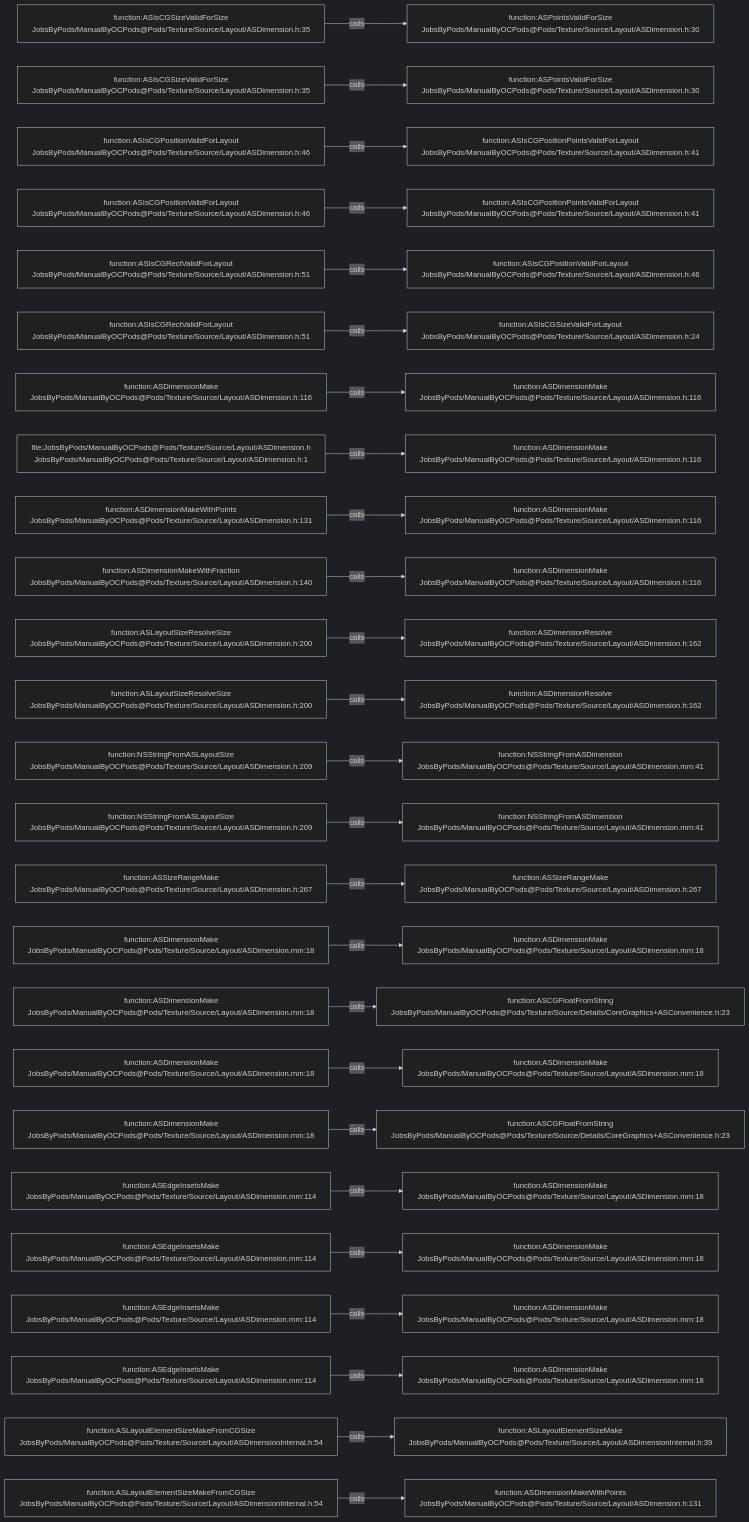
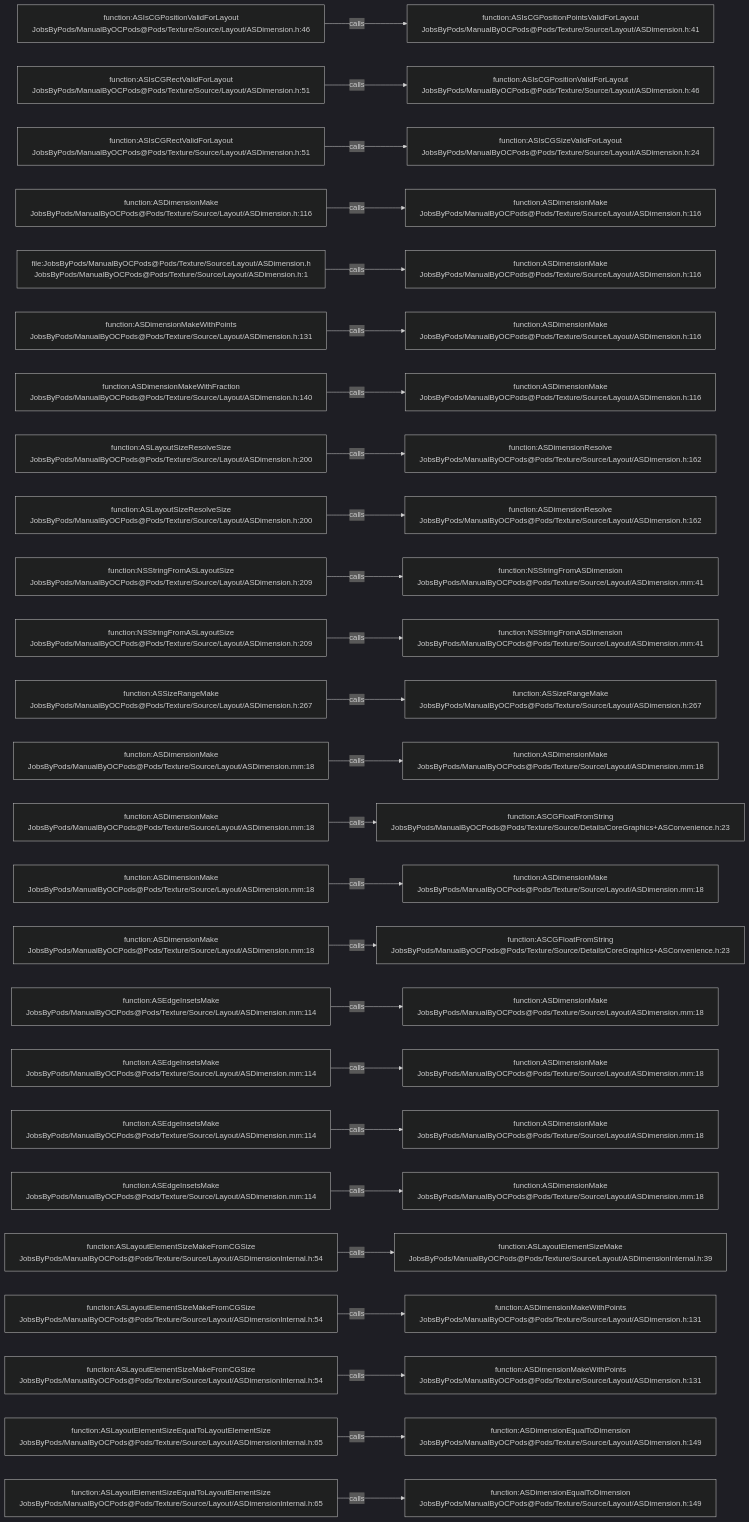
The diagram in .codegraph/codegraph.md/graphs/calls-178.md (JobsKits/JobsOCBaseConfigDemo), drawn with Mermaid (dark theme) before and after one commit. The commit also changed 342 other files, not shown here.

````diff
--- a/.codegraph/codegraph.md/graphs/calls-178.md
+++ b/.codegraph/codegraph.md/graphs/calls-178.md
@@ -13,78 +13,78 @@
 ```mermaid
 flowchart LR
-  S1["function:ASIsCGSizeValidForSize<br/>JobsByPods/ManualByOCPods@Pods/Texture/Source/Layout/ASDimension.h:35"]
-  T1["function:ASPointsValidForSize<br/>JobsByPods/ManualByOCPods@Pods/Texture/Source/Layout/ASDimension.h:30"]
+  S1["function:ASIsCGPositionValidForLayout<br/>JobsByPods/ManualByOCPods@Pods/Texture/Source/Layout/ASDimension.h:46"]
+  T1["function:ASIsCGPositionPointsValidForLayout<br/>JobsByPods/ManualByOCPods@Pods/Texture/Source/Layout/ASDimension.h:41"]
   S1 -->|calls| T1
-  S2["function:ASIsCGSizeValidForSize<br/>JobsByPods/ManualByOCPods@Pods/Texture/Source/Layout/ASDimension.h:35"]
-  T2["function:ASPointsValidForSize<br/>JobsByPods/ManualByOCPods@Pods/Texture/Source/Layout/ASDimension.h:30"]
+  S2["function:ASIsCGRectValidForLayout<br/>JobsByPods/ManualByOCPods@Pods/Texture/Source/Layout/ASDimension.h:51"]
+  T2["function:ASIsCGPositionValidForLayout<br/>JobsByPods/ManualByOCPods@Pods/Texture/Source/Layout/ASDimension.h:46"]
   S2 -->|calls| T2
-  S3["function:ASIsCGPositionValidForLayout<br/>JobsByPods/ManualByOCPods@Pods/Texture/Source/Layout/ASDimension.h:46"]
-  T3["function:ASIsCGPositionPointsValidForLayout<br/>JobsByPods/ManualByOCPods@Pods/Texture/Source/Layout/ASDimension.h:41"]
+  S3["function:ASIsCGRectValidForLayout<br/>JobsByPods/ManualByOCPods@Pods/Texture/Source/Layout/ASDimension.h:51"]
+  T3["function:ASIsCGSizeValidForLayout<br/>JobsByPods/ManualByOCPods@Pods/Texture/Source/Layout/ASDimension.h:24"]
   S3 -->|calls| T3
-  S4["function:ASIsCGPositionValidForLayout<br/>JobsByPods/ManualByOCPods@Pods/Texture/Source/Layout/ASDimension.h:46"]
-  T4["function:ASIsCGPositionPointsValidForLayout<br/>JobsByPods/ManualByOCPods@Pods/Texture/Source/Layout/ASDimension.h:41"]
+  S4["function:ASDimensionMake<br/>JobsByPods/ManualByOCPods@Pods/Texture/Source/Layout/ASDimension.h:116"]
+  T4["function:ASDimensionMake<br/>JobsByPods/ManualByOCPods@Pods/Texture/Source/Layout/ASDimension.h:116"]
   S4 -->|calls| T4
-  S5["function:ASIsCGRectValidForLayout<br/>JobsByPods/ManualByOCPods@Pods/Texture/Source/Layout/ASDimension.h:51"]
-  T5["function:ASIsCGPositionValidForLayout<br/>JobsByPods/ManualByOCPods@Pods/Texture/Source/Layout/ASDimension.h:46"]
+  S5["file:JobsByPods/ManualByOCPods@Pods/Texture/Source/Layout/ASDimension.h<br/>JobsByPods/ManualByOCPods@Pods/Texture/Source/Layout/ASDimension.h:1"]
+  T5["function:ASDimensionMake<br/>JobsByPods/ManualByOCPods@Pods/Texture/Source/Layout/ASDimension.h:116"]
   S5 -->|calls| T5
-  S6["function:ASIsCGRectValidForLayout<br/>JobsByPods/ManualByOCPods@Pods/Texture/Source/Layout/ASDimension.h:51"]
-  T6["function:ASIsCGSizeValidForLayout<br/>JobsByPods/ManualByOCPods@Pods/Texture/Source/Layout/ASDimension.h:24"]
+  S6["function:ASDimensionMakeWithPoints<br/>JobsByPods/ManualByOCPods@Pods/Texture/Source/Layout/ASDimension.h:131"]
+  T6["function:ASDimensionMake<br/>JobsByPods/ManualByOCPods@Pods/Texture/Source/Layout/ASDimension.h:116"]
   S6 -->|calls| T6
-  S7["function:ASDimensionMake<br/>JobsByPods/ManualByOCPods@Pods/Texture/Source/Layout/ASDimension.h:116"]
+  S7["function:ASDimensionMakeWithFraction<br/>JobsByPods/ManualByOCPods@Pods/Texture/Source/Layout/ASDimension.h:140"]
   T7["function:ASDimensionMake<br/>JobsByPods/ManualByOCPods@Pods/Texture/Source/Layout/ASDimension.h:116"]
   S7 -->|calls| T7
-  S8["file:JobsByPods/ManualByOCPods@Pods/Texture/Source/Layout/ASDimension.h<br/>JobsByPods/ManualByOCPods@Pods/Texture/Source/Layout/ASDimension.h:1"]
-  T8["function:ASDimensionMake<br/>JobsByPods/ManualByOCPods@Pods/Texture/Source/Layout/ASDimension.h:116"]
+  S8["function:ASLayoutSizeResolveSize<br/>JobsByPods/ManualByOCPods@Pods/Texture/Source/Layout/ASDimension.h:200"]
+  T8["function:ASDimensionResolve<br/>JobsByPods/ManualByOCPods@Pods/Texture/Source/Layout/ASDimension.h:162"]
   S8 -->|calls| T8
-  S9["function:ASDimensionMakeWithPoints<br/>JobsByPods/ManualByOCPods@Pods/Texture/Source/Layout/ASDimension.h:131"]
-  T9["function:ASDimensionMake<br/>JobsByPods/ManualByOCPods@Pods/Texture/Source/Layout/ASDimension.h:116"]
+  S9["function:ASLayoutSizeResolveSize<br/>JobsByPods/ManualByOCPods@Pods/Texture/Source/Layout/ASDimension.h:200"]
+  T9["function:ASDimensionResolve<br/>JobsByPods/ManualByOCPods@Pods/Texture/Source/Layout/ASDimension.h:162"]
   S9 -->|calls| T9
-  S10["function:ASDimensionMakeWithFraction<br/>JobsByPods/ManualByOCPods@Pods/Texture/Source/Layout/ASDimension.h:140"]
-  T10["function:ASDimensionMake<br/>JobsByPods/ManualByOCPods@Pods/Texture/Source/Layout/ASDimension.h:116"]
+  S10["function:NSStringFromASLayoutSize<br/>JobsByPods/ManualByOCPods@Pods/Texture/Source/Layout/ASDimension.h:209"]
+  T10["function:NSStringFromASDimension<br/>JobsByPods/ManualByOCPods@Pods/Texture/Source/Layout/ASDimension.mm:41"]
   S10 -->|calls| T10
-  S11["function:ASLayoutSizeResolveSize<br/>JobsByPods/ManualByOCPods@Pods/Texture/Source/Layout/ASDimension.h:200"]
-  T11["function:ASDimensionResolve<br/>JobsByPods/ManualByOCPods@Pods/Texture/Source/Layout/ASDimension.h:162"]
+  S11["function:NSStringFromASLayoutSize<br/>JobsByPods/ManualByOCPods@Pods/Texture/Source/Layout/ASDimension.h:209"]
+  T11["function:NSStringFromASDimension<br/>JobsByPods/ManualByOCPods@Pods/Texture/Source/Layout/ASDimension.mm:41"]
   S11 -->|calls| T11
-  S12["function:ASLayoutSizeResolveSize<br/>JobsByPods/ManualByOCPods@Pods/Texture/Source/Layout/ASDimension.h:200"]
-  T12["function:ASDimensionResolve<br/>JobsByPods/ManualByOCPods@Pods/Texture/Source/Layout/ASDimension.h:162"]
+  S12["function:ASSizeRangeMake<br/>JobsByPods/ManualByOCPods@Pods/Texture/Source/Layout/ASDimension.h:267"]
+  T12["function:ASSizeRangeMake<br/>JobsByPods/ManualByOCPods@Pods/Texture/Source/Layout/ASDimension.h:267"]
   S12 -->|calls| T12
-  S13["function:NSStringFromASLayoutSize<br/>JobsByPods/ManualByOCPods@Pods/Texture/Source/Layout/ASDimension.h:209"]
-  T13["function:NSStringFromASDimension<br/>JobsByPods/ManualByOCPods@Pods/Texture/Source/Layout/ASDimension.mm:41"]
+  S13["function:ASDimensionMake<br/>JobsByPods/ManualByOCPods@Pods/Texture/Source/Layout/ASDimension.mm:18"]
+  T13["function:ASDimensionMake<br/>JobsByPods/ManualByOCPods@Pods/Texture/Source/Layout/ASDimension.mm:18"]
   S13 -->|calls| T13
-  S14["function:NSStringFromASLayoutSize<br/>JobsByPods/ManualByOCPods@Pods/Texture/Source/Layout/ASDimension.h:209"]
-  T14["function:NSStringFromASDimension<br/>JobsByPods/ManualByOCPods@Pods/Texture/Source/Layout/ASDimension.mm:41"]
+  S14["function:ASDimensionMake<br/>JobsByPods/ManualByOCPods@Pods/Texture/Source/Layout/ASDimension.mm:18"]
+  T14["function:ASCGFloatFromString<br/>JobsByPods/ManualByOCPods@Pods/Texture/Source/Details/CoreGraphics+ASConvenience.h:23"]
   S14 -->|calls| T14
-  S15["function:ASSizeRangeMake<br/>JobsByPods/ManualByOCPods@Pods/Texture/Source/Layout/ASDimension.h:267"]
-  T15["function:ASSizeRangeMake<br/>JobsByPods/ManualByOCPods@Pods/Texture/Source/Layout/ASDimension.h:267"]
+  S15["function:ASDimensionMake<br/>JobsByPods/ManualByOCPods@Pods/Texture/Source/Layout/ASDimension.mm:18"]
+  T15["function:ASDimensionMake<br/>JobsByPods/ManualByOCPods@Pods/Texture/Source/Layout/ASDimension.mm:18"]
   S15 -->|calls| T15
   S16["function:ASDimensionMake<br/>JobsByPods/ManualByOCPods@Pods/Texture/Source/Layout/ASDimension.mm:18"]
-  T16["function:ASDimensionMake<br/>JobsByPods/ManualByOCPods@Pods/Texture/Source/Layout/ASDimension.mm:18"]
+  T16["function:ASCGFloatFromString<br/>JobsByPods/ManualByOCPods@Pods/Texture/Source/Details/CoreGraphics+ASConvenience.h:23"]
   S16 -->|calls| T16
-  S17["function:ASDimensionMake<br/>JobsByPods/ManualByOCPods@Pods/Texture/Source/Layout/ASDimension.mm:18"]
-  T17["function:ASCGFloatFromString<br/>JobsByPods/ManualByOCPods@Pods/Texture/Source/Details/CoreGraphics+ASConvenience.h:23"]
+  S17["function:ASEdgeInsetsMake<br/>JobsByPods/ManualByOCPods@Pods/Texture/Source/Layout/ASDimension.mm:114"]
+  T17["function:ASDimensionMake<br/>JobsByPods/ManualByOCPods@Pods/Texture/Source/Layout/ASDimension.mm:18"]
   S17 -->|calls| T17
-  S18["function:ASDimensionMake<br/>JobsByPods/ManualByOCPods@Pods/Texture/Source/Layout/ASDimension.mm:18"]
+  S18["function:ASEdgeInsetsMake<br/>JobsByPods/ManualByOCPods@Pods/Texture/Source/Layout/ASDimension.mm:114"]
   T18["function:ASDimensionMake<br/>JobsByPods/ManualByOCPods@Pods/Texture/Source/Layout/ASDimension.mm:18"]
   S18 -->|calls| T18
-  S19["function:ASDimensionMake<br/>JobsByPods/ManualByOCPods@Pods/Texture/Source/Layout/ASDimension.mm:18"]
-  T19["function:ASCGFloatFromString<br/>JobsByPods/ManualByOCPods@Pods/Texture/Source/Details/CoreGraphics+ASConvenience.h:23"]
+  S19["function:ASEdgeInsetsMake<br/>JobsByPods/ManualByOCPods@Pods/Texture/Source/Layout/ASDimension.mm:114"]
+  T19["function:ASDimensionMake<br/>JobsByPods/ManualByOCPods@Pods/Texture/Source/Layout/ASDimension.mm:18"]
   S19 -->|calls| T19
   S20["function:ASEdgeInsetsMake<br/>JobsByPods/ManualByOCPods@Pods/Texture/Source/Layout/ASDimension.mm:114"]
   T20["function:ASDimensionMake<br/>JobsByPods/ManualByOCPods@Pods/Texture/Source/Layout/ASDimension.mm:18"]
   S20 -->|calls| T20
-  S21["function:ASEdgeInsetsMake<br/>JobsByPods/ManualByOCPods@Pods/Texture/Source/Layout/ASDimension.mm:114"]
-  T21["function:ASDimensionMake<br/>JobsByPods/ManualByOCPods@Pods/Texture/Source/Layout/ASDimension.mm:18"]
+  S21["function:ASLayoutElementSizeMakeFromCGSize<br/>JobsByPods/ManualByOCPods@Pods/Texture/Source/Layout/ASDimensionInternal.h:54"]
+  T21["function:ASLayoutElementSizeMake<br/>JobsByPods/ManualByOCPods@Pods/Texture/Source/Layout/ASDimensionInternal.h:39"]
   S21 -->|calls| T21
-  S22["function:ASEdgeInsetsMake<br/>JobsByPods/ManualByOCPods@Pods/Texture/Source/Layout/ASDimension.mm:114"]
-  T22["function:ASDimensionMake<br/>JobsByPods/ManualByOCPods@Pods/Texture/Source/Layout/ASDimension.mm:18"]
+  S22["function:ASLayoutElementSizeMakeFromCGSize<br/>JobsByPods/ManualByOCPods@Pods/Texture/Source/Layout/ASDimensionInternal.h:54"]
+  T22["function:ASDimensionMakeWithPoints<br/>JobsByPods/ManualByOCPods@Pods/Texture/Source/Layout/ASDimension.h:131"]
   S22 -->|calls| T22
-  S23["function:ASEdgeInsetsMake<br/>JobsByPods/ManualByOCPods@Pods/Texture/Source/Layout/ASDimension.mm:114"]
-  T23["function:ASDimensionMake<br/>JobsByPods/ManualByOCPods@Pods/Texture/Source/Layout/ASDimension.mm:18"]
+  S23["function:ASLayoutElementSizeMakeFromCGSize<br/>JobsByPods/ManualByOCPods@Pods/Texture/Source/Layout/ASDimensionInternal.h:54"]
+  T23["function:ASDimensionMakeWithPoints<br/>JobsByPods/ManualByOCPods@Pods/Texture/Source/Layout/ASDimension.h:131"]
   S23 -->|calls| T23
-  S24["function:ASLayoutElementSizeMakeFromCGSize<br/>JobsByPods/ManualByOCPods@Pods/Texture/Source/Layout/ASDimensionInternal.h:54"]
-  T24["function:ASLayoutElementSizeMake<br/>JobsByPods/ManualByOCPods@Pods/Texture/Source/Layout/ASDimensionInternal.h:39"]
+  S24["function:ASLayoutElementSizeEqualToLayoutElementSize<br/>JobsByPods/ManualByOCPods@Pods/Texture/Source/Layout/ASDimensionInternal.h:65"]
+  T24["function:ASDimensionEqualToDimension<br/>JobsByPods/ManualByOCPods@Pods/Texture/Source/Layout/ASDimension.h:149"]
   S24 -->|calls| T24
-  S25["function:ASLayoutElementSizeMakeFromCGSize<br/>JobsByPods/ManualByOCPods@Pods/Texture/Source/Layout/ASDimensionInternal.h:54"]
-  T25["function:ASDimensionMakeWithPoints<br/>JobsByPods/ManualByOCPods@Pods/Texture/Source/Layout/ASDimension.h:131"]
+  S25["function:ASLayoutElementSizeEqualToLayoutElementSize<br/>JobsByPods/ManualByOCPods@Pods/Texture/Source/Layout/ASDimensionInternal.h:65"]
+  T25["function:ASDimensionEqualToDimension<br/>JobsByPods/ManualByOCPods@Pods/Texture/Source/Layout/ASDimension.h:149"]
   S25 -->|calls| T25
 ```
````
